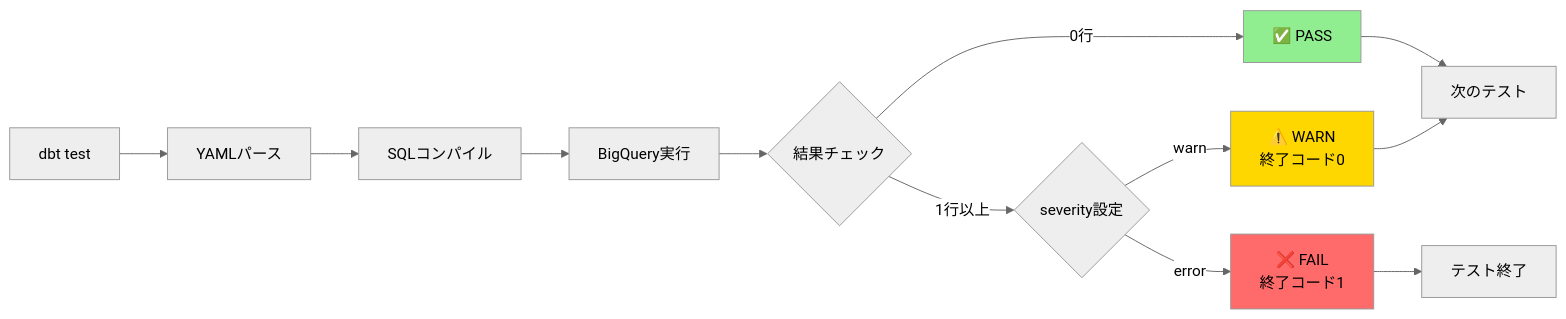
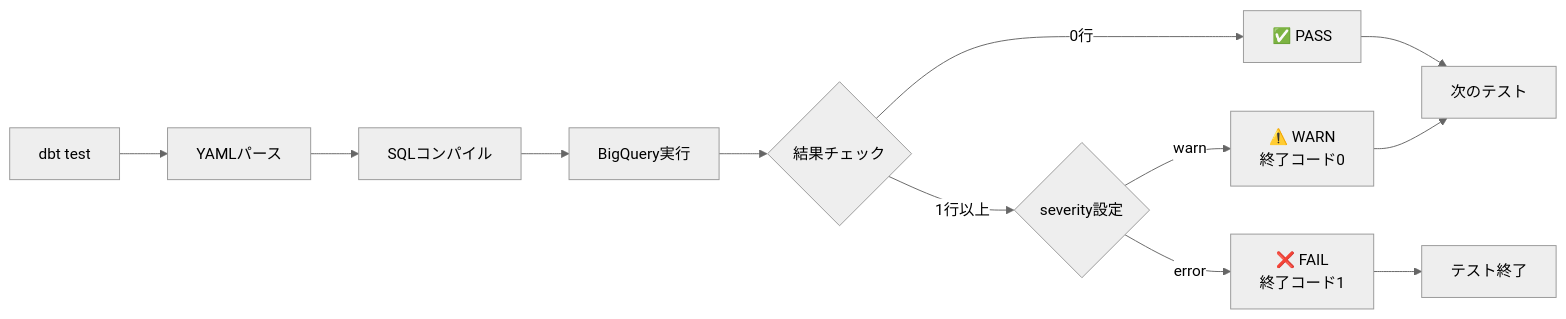
Before and after one commit to 1210yuichi0/1210yuichi0.github.io: the second of 8 diagrams in content/Tech/dbt/categories/testing-config.md, drawn with Mermaid (neutral theme). The commit also changed other lines of this file and 22 other files, not shown here.

First line of the commit message:
style: remove Mermaid style directives for dark mode compatibility

````diff
--- a/content/Tech/dbt/categories/testing-config.md
+++ b/content/Tech/dbt/categories/testing-config.md
@@ -203,21 +199,18 @@
 ```mermaid
 flowchart LR
     Start[dbt test] --> Parse[YAMLパース]
     Parse --> Compile[SQLコンパイル]
     Compile --> Execute[BigQuery実行]
     Execute --> Check{結果チェック}
 
     Check -->|0行| Pass[✅ PASS]
     Check -->|1行以上| Severity{severity設定}
 
     Severity -->|error| Fail[❌ FAIL<br/>終了コード1]
     Severity -->|warn| Warn[⚠️ WARN<br/>終了コード0]
 
     Pass --> Next[次のテスト]
     Warn --> Next
     Fail --> Stop[テスト終了]
 
-    style Pass fill:#90EE90
-    style Warn fill:#FFD700
-    style Fail fill:#FF6B6B
 ```
````
